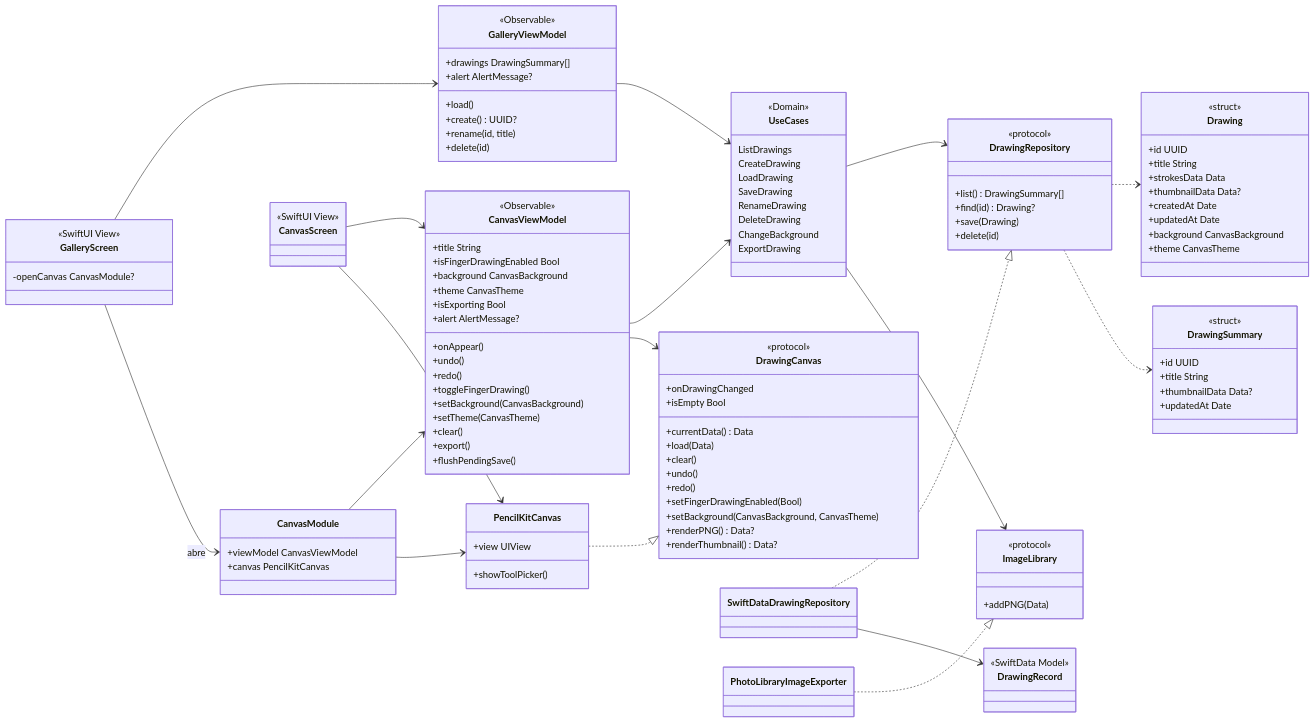
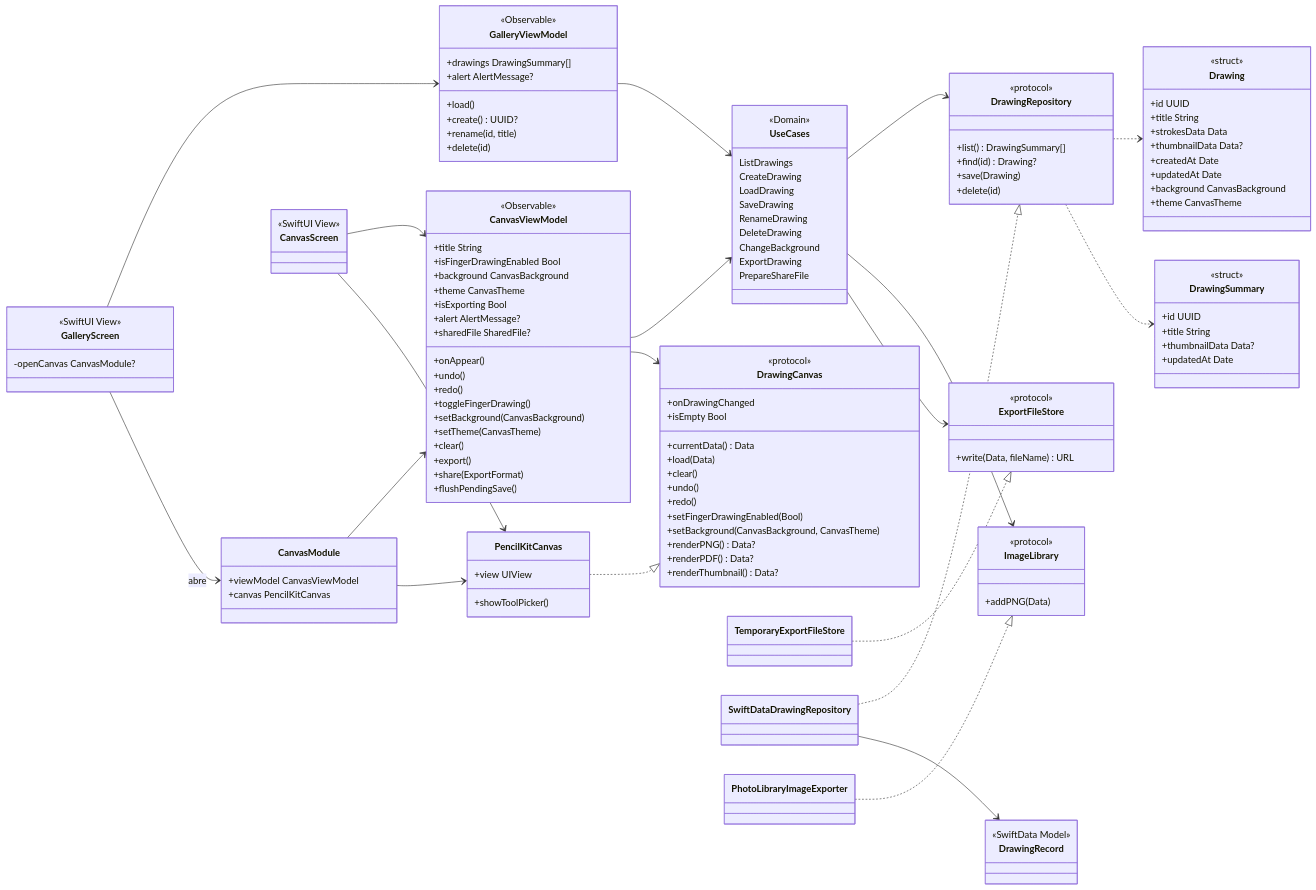
The second of 10 diagrams in docs/arquitectura.md (jhonjairo6230/DrawPad), drawn with Mermaid before and after one commit. The commit also changed other lines of this file and 20 other files, not shown here.

```diff
--- a/docs/arquitectura.md
+++ b/docs/arquitectura.md
@@ -171,6 +183,7 @@
         +theme CanvasTheme
         +isExporting Bool
         +alert AlertMessage?
+        +sharedFile SharedFile?
         +onAppear()
         +undo()
         +redo()
@@ -179,6 +192,7 @@
         +setTheme(CanvasTheme)
         +clear()
         +export()
+        +share(ExportFormat)
         +flushPendingSave()
     }
     class DrawingCanvas {
@@ -193,6 +207,7 @@
         +setFingerDrawingEnabled(Bool)
         +setBackground(CanvasBackground, CanvasTheme)
         +renderPNG() Data?
+        +renderPDF() Data?
         +renderThumbnail() Data?
     }
     class PencilKitCanvas {
@@ -209,6 +224,7 @@
         DeleteDrawing
         ChangeBackground
         ExportDrawing
+        PrepareShareFile
     }
     class DrawingRepository {
         <<protocol>>
@@ -221,6 +237,11 @@
         <<protocol>>
         +addPNG(Data)
     }
+    class ExportFileStore {
+        <<protocol>>
+        +write(Data, fileName) URL
+    }
+    class TemporaryExportFileStore
     class Drawing {
         <<struct>>
         +id UUID
@@ -257,6 +278,8 @@
     PencilKitCanvas ..|> DrawingCanvas
     UseCases --> DrawingRepository
     UseCases --> ImageLibrary
+    UseCases --> ExportFileStore
+    TemporaryExportFileStore ..|> ExportFileStore
     DrawingRepository ..> Drawing
     DrawingRepository ..> DrawingSummary
     SwiftDataDrawingRepository ..|> DrawingRepository
```
